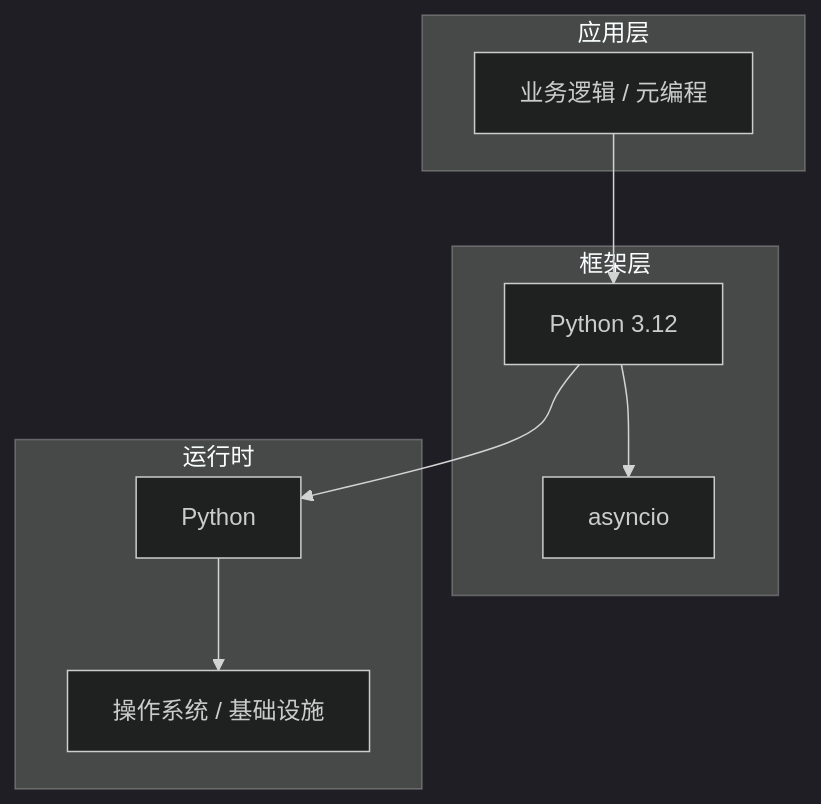
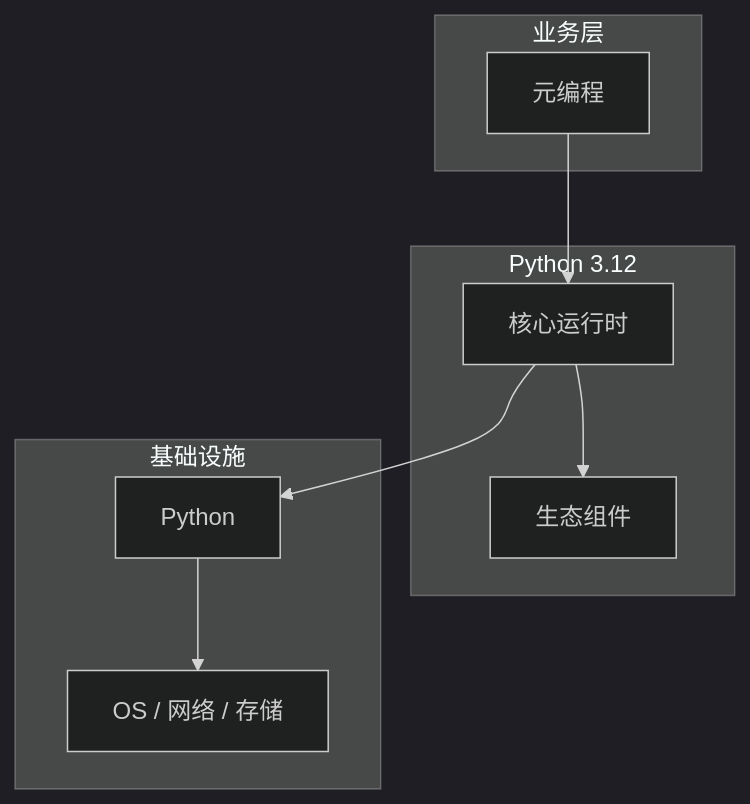
The diagram in articles/Python高级/chapters/033-元编程核心概念与原理.md (yanggan2015/knowledge-json-v2), drawn with Mermaid (dark theme) before and after one commit. The commit also changed other lines of this file and 10127 other files, not shown here.

````diff
--- a/articles/Python高级/chapters/033-元编程核心概念与原理.md
+++ b/articles/Python高级/chapters/033-元编程核心概念与原理.md
@@ -45,18 +34,18 @@
 ```mermaid
 graph TB
-    subgraph 应用层
-        A[业务逻辑 / 元编程]
+    subgraph 业务层
+        A[元编程]
     end
-    subgraph 框架层
-        B[Python 3.12]
-        C[asyncio]
+    subgraph Python 3.12
+        B[核心运行时]
+        C[生态组件]
     end
-    subgraph 运行时
+    subgraph 基础设施
         D[Python]
-        E[操作系统 / 基础设施]
+        E[OS / 网络 / 存储]
     end
     A --> B
     B --> C
     B --> D
     D --> E
 ```
````
